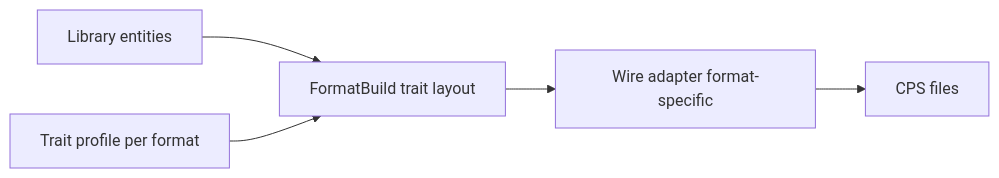
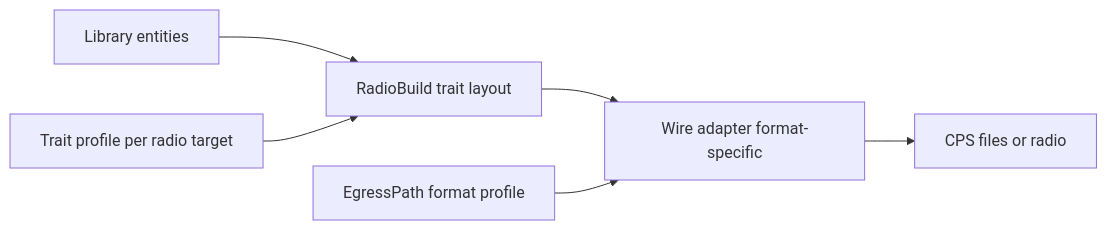
Before and after one commit to pskillen/codeplug-studio: the second of 2 diagrams in DESIGN.md, drawn with Mermaid. The commit also changed other lines of this file and 6 other files, not shown here.

Commit message:
docs(builds): document RadioBuild + EgressPath redesign (#654)

````diff
--- a/DESIGN.md
+++ b/DESIGN.md
@@ -229,11 +235,13 @@
 ```mermaid
 flowchart LR
   Library[Library entities]
-  Build[FormatBuild trait layout]
-  Traits[Trait profile per format]
+  Build[RadioBuild trait layout]
+  Egress[EgressPath format profile]
+  Traits[Trait profile per radio target]
   Adapter[Wire adapter format-specific]
   Library --> Build
   Traits --> Build
   Build --> Adapter
-  Adapter --> CPS[CPS files]
+  Egress --> Adapter
+  Adapter --> CPS[CPS files or radio]
 ```
````
